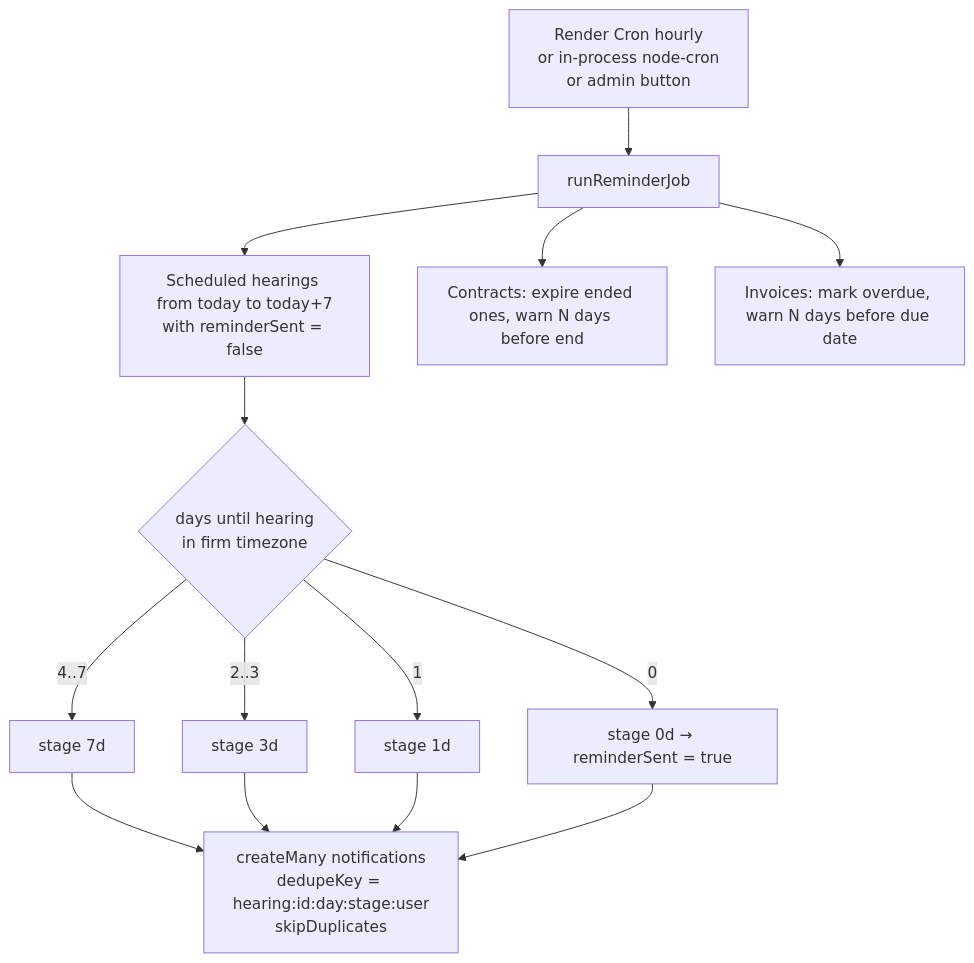
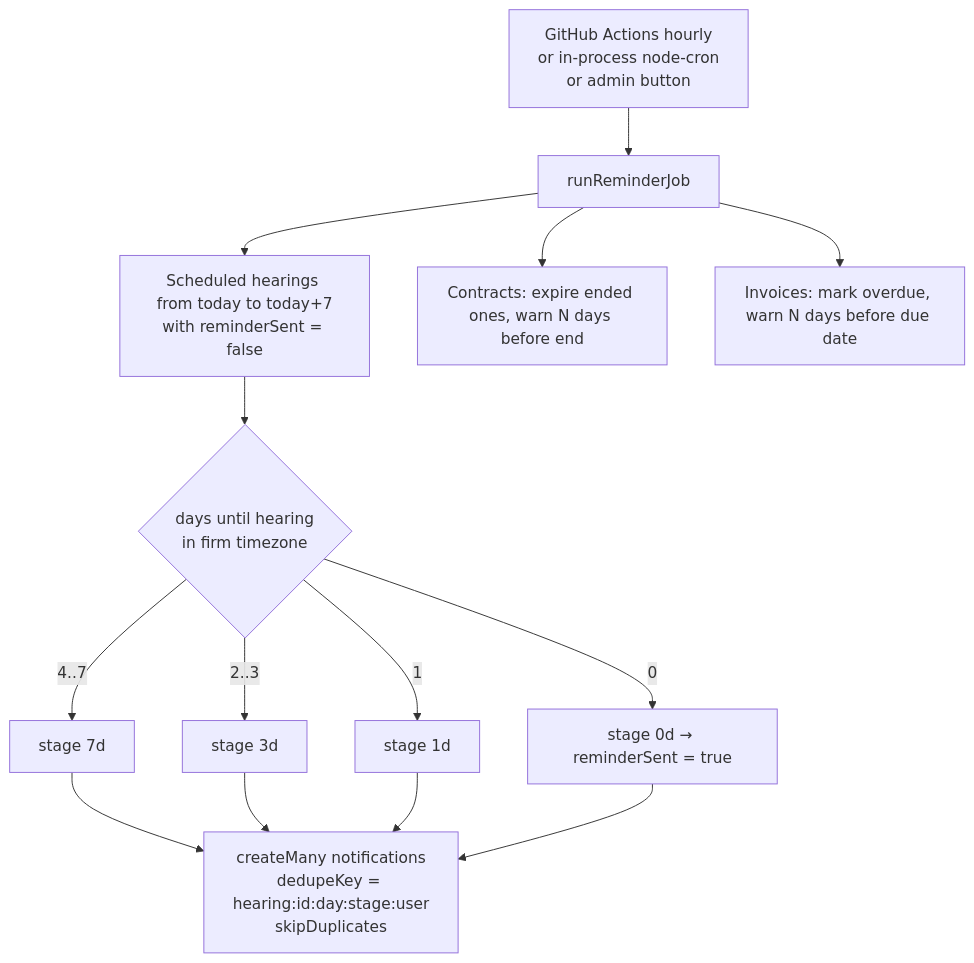
One commit to marwanbarhoumi/lawyer-case-management-platform changed the third of 3 diagrams in docs/architecture.md. Above: the diagram before and after it, drawn with Mermaid. The commit also changed other lines of this file and 13 other files, not shown here.

Commit message:
feat: zero-cost demo deployment (Vercel /api proxy, Render free, Neon, GitHub Actions reminders)

````diff
--- a/docs/architecture.md
+++ b/docs/architecture.md
@@ -111,13 +111,13 @@
 ```mermaid
 flowchart TD
-  T[Render Cron hourly<br/>or in-process node-cron<br/>or admin button] --> J[runReminderJob]
+  T[GitHub Actions hourly<br/>or in-process node-cron<br/>or admin button] --> J[runReminderJob]
   J --> H[Scheduled hearings from today to today+7<br/>with reminderSent = false]
   H --> S{days until hearing<br/>in firm timezone}
   S -- "4..7" --> R7[stage 7d]
   S -- "2..3" --> R3[stage 3d]
   S -- "1" --> R1[stage 1d]
   S -- "0" --> R0[stage 0d → reminderSent = true]
   R7 & R3 & R1 & R0 --> N["createMany notifications<br/>dedupeKey = hearing:id:day:stage:user<br/>skipDuplicates"]
   J --> C[Contracts: expire ended ones, warn N days before end]
   J --> I[Invoices: mark overdue, warn N days before due date]
 ```
````
